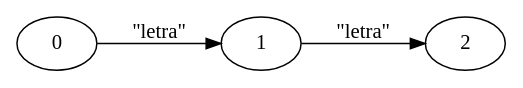
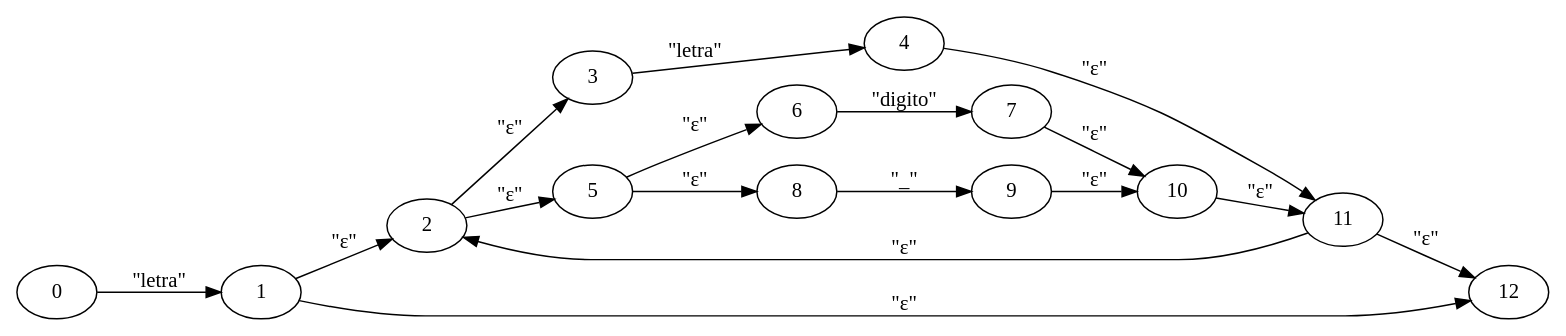
Before and after one commit to Stevensis/Compi1_Proyecto1: the diagram in Compi1Proyevto1/bin/Debug/er1.dot, drawn with Graphviz. The commit also changed 19 other files, not shown here.

```diff
--- a/Compi1Proyevto1/bin/Debug/er1.dot
+++ b/Compi1Proyevto1/bin/Debug/er1.dot
@@ -1,4 +1,18 @@
 digraph G { size ="30";
 rankdir=LR;0 -> 1 [label="\"letra\""];
-1 -> 2 [label="\"letra\""];
+1 -> 2 [label="\"ε\""];
+2 -> 3 [label="\"ε\""];
+3 -> 4 [label="\"letra\""];
+4 -> 11 [label="\"ε\""];
+2 -> 5 [label="\"ε\""];
+5 -> 6 [label="\"ε\""];
+6 -> 7 [label="\"digito\""];
+7 -> 10 [label="\"ε\""];
+5 -> 8 [label="\"ε\""];
+8 -> 9 [label="\"_\""];
+9 -> 10 [label="\"ε\""];
+10 -> 11 [label="\"ε\""];
+11 -> 12 [label="\"ε\""];
+1 -> 12 [label="\"ε\""];
+11 -> 2 [label="\"ε\""];
 }
```
